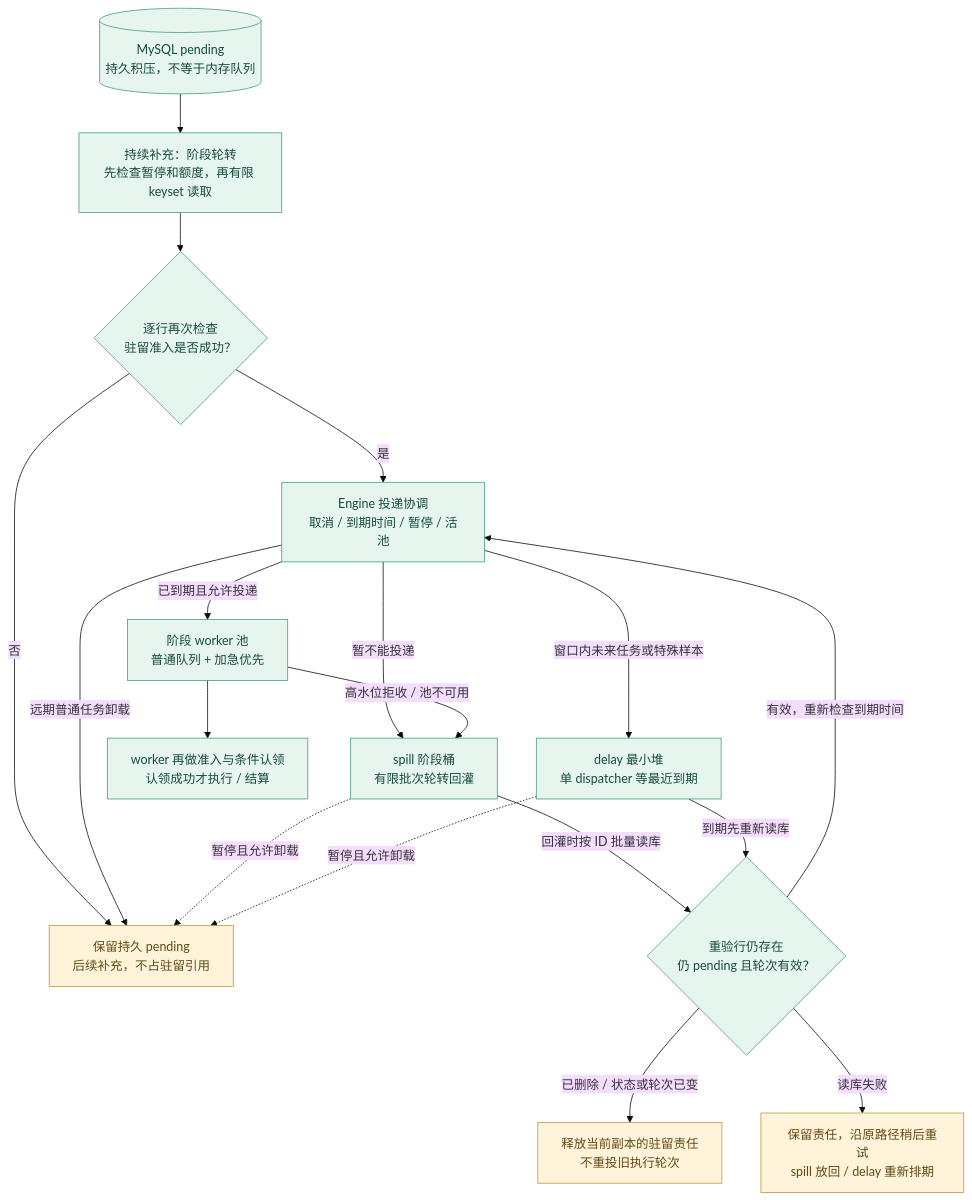
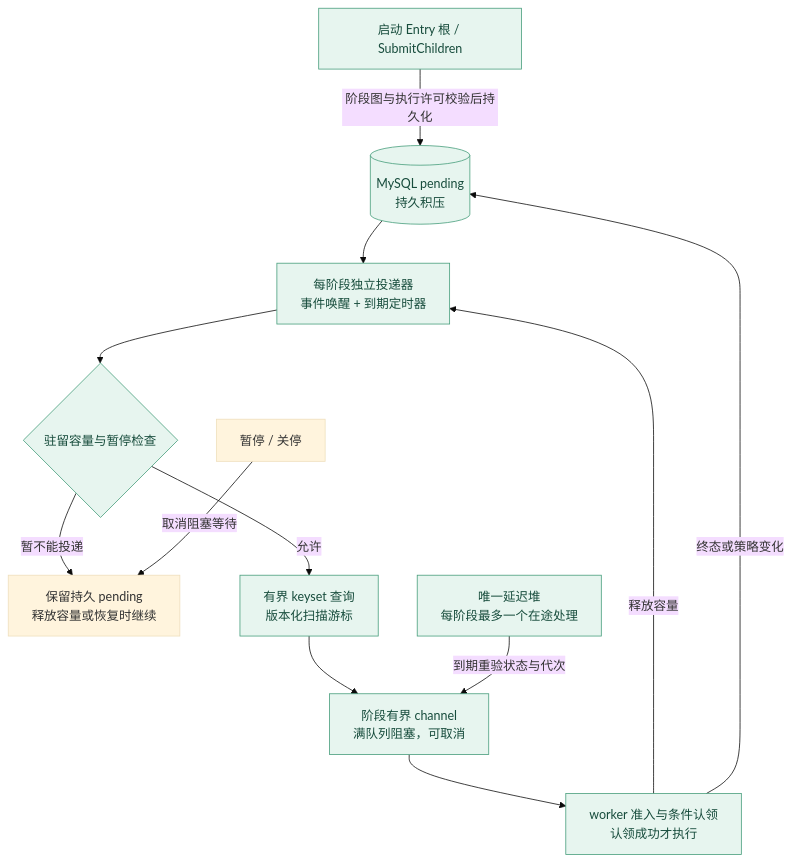
The diagram in docs/assets/diagrams/08-engine-scheduling.mmd (ydtg1993/papa), drawn with Mermaid (base theme) before and after one commit. The commit also changed 255 other files, not shown here.

```diff
--- a/docs/assets/diagrams/08-engine-scheduling.mmd
+++ b/docs/assets/diagrams/08-engine-scheduling.mmd
@@ -1,22 +1,14 @@
 flowchart TB
-    DB[("MySQL pending<br/>持久积压，不等于内存队列")] --> R["持续补充：阶段轮转<br/>先检查暂停和额度，再有限 keyset 读取"]
-    R --> A{"逐行再次检查<br/>驻留准入是否成功？"}
-    A -->|否| KEEP["保留持久 pending<br/>后续补充，不占驻留引用"]
-    A -->|是| G["Engine 投递协调<br/>取消 / 到期时间 / 暂停 / 活池"]
-    G -->|窗口内未来任务或特殊样本| D["delay 最小堆<br/>单 dispatcher 等最近到期"]
-    G -->|远期普通任务卸载| KEEP
-    G -->|已到期且允许投递| W["阶段 worker 池<br/>普通队列 + 加急优先"]
-    G -->|暂不能投递| S["spill 阶段桶<br/>有限批次轮转回灌"]
-    W -->|高水位拒收 / 池不可用| S
-    S -->|回灌时按 ID 批量读库| V{"重验行仍存在<br/>仍 pending 且轮次有效？"}
-    D -->|到期先重新读库| V
-    V -->|有效，重新检查到期时间| G
-    V -->|已删除 / 状态或轮次已变| DROP["释放当前副本的驻留责任<br/>不重投旧执行轮次"]
-    V -->|读库失败| RETRY["保留责任，沿原路径稍后重试<br/>spill 放回 / delay 重新排期"]
-    S -.->|暂停且允许卸载| KEEP
-    D -.->|暂停且允许卸载| KEEP
-    W --> C["worker 再做准入与条件认领<br/>认领成功才执行 / 结算"]
+    DB[("MySQL pending<br/>持久积压")] --> R["每阶段独立投递器<br/>事件唤醒 + 到期定时器"]
+    R --> A{"驻留容量与暂停检查"}
+    A -->|暂不能投递| KEEP["保留持久 pending<br/>释放容量或恢复时继续"]
+    A -->|允许| G["有界 keyset 查询<br/>版本化扫描游标"]
+    G --> W["阶段有界 channel<br/>满队列阻塞，可取消"]
+    W --> C["worker 准入与条件认领<br/>认领成功才执行"]
+    C -->|释放容量| R
+    C -->|终态或策略变化| DB
+    D["唯一延迟堆<br/>每阶段最多一个在途处理"] -->|到期重验状态与代次| W
+    STOP["暂停 / 关停"] -->|取消阻塞等待| KEEP
+    API["启动 Entry 根 / SubmitChildren"] -->|阶段图与执行许可校验后持久化| DB
     classDef runtime fill:#e7f5ef,color:#174c3c,stroke:#449c7a;
-    classDef observe fill:#fff3d9,color:#634a15,stroke:#bf963b;
-    class DB,R,A,G,D,W,S,V,C runtime;
-    class KEEP,DROP,RETRY observe;
+    class DB,R,A,G,W,C,D,API runtime;
```
